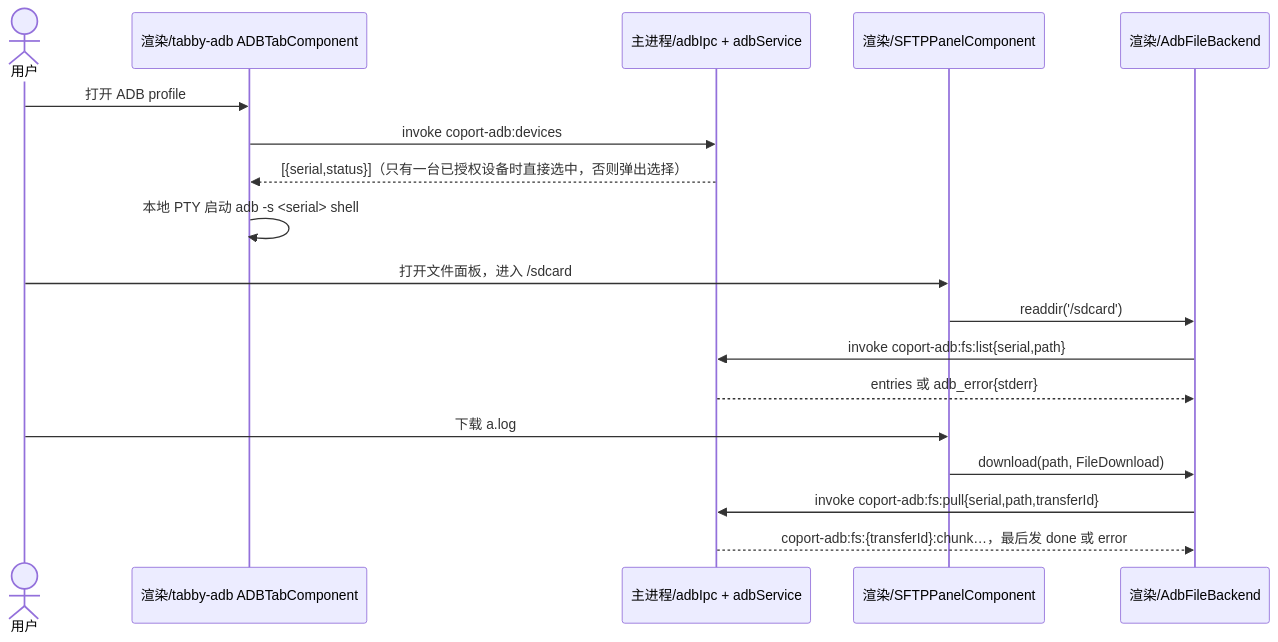
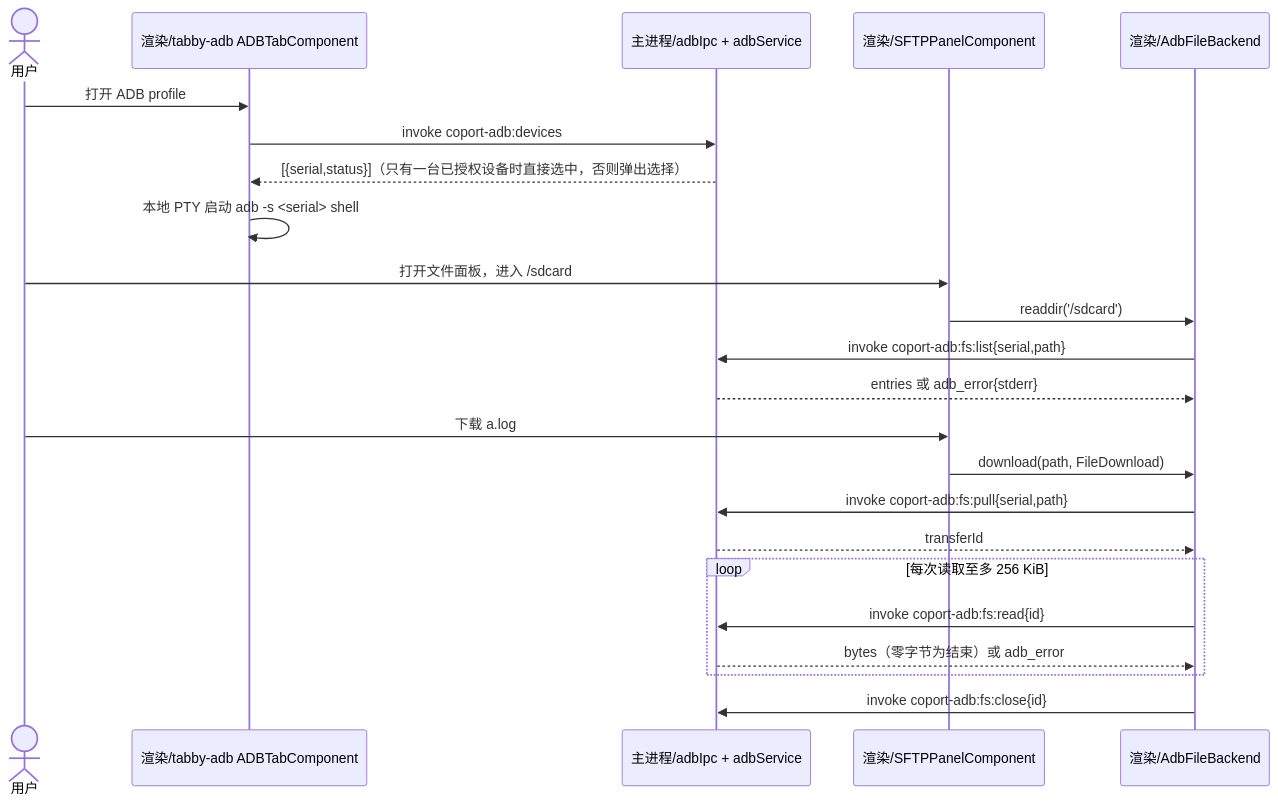
Before and after one commit to UberPrinz/coport: the fifth of 5 diagrams in docs/specs/coport-fork.md, drawn with Mermaid. The commit also changed other lines of this file and 35 other files, not shown here.

````diff
--- a/docs/specs/coport-fork.md
+++ b/docs/specs/coport-fork.md
@@ -279,20 +279,25 @@
 ```mermaid
 sequenceDiagram
     actor U as 用户
     participant AT as 渲染/tabby-adb ADBTabComponent
     participant AI as 主进程/adbIpc + adbService
     participant PN as 渲染/SFTPPanelComponent
     participant FB as 渲染/AdbFileBackend
     U->>AT: 打开 ADB profile
     AT->>AI: invoke coport-adb:devices
     AI-->>AT: [{serial,status}]（只有一台已授权设备时直接选中，否则弹出选择）
     AT->>AT: 本地 PTY 启动 adb -s <serial> shell
     U->>PN: 打开文件面板，进入 /sdcard
     PN->>FB: readdir('/sdcard')
     FB->>AI: invoke coport-adb:fs:list{serial,path}
     AI-->>FB: entries 或 adb_error{stderr}
     U->>PN: 下载 a.log
     PN->>FB: download(path, FileDownload)
-    FB->>AI: invoke coport-adb:fs:pull{serial,path,transferId}
-    AI-->>FB: coport-adb:fs:{transferId}:chunk…，最后发 done 或 error
+    FB->>AI: invoke coport-adb:fs:pull{serial,path}
+    AI-->>FB: transferId
+    loop 每次读取至多 256 KiB
+        FB->>AI: invoke coport-adb:fs:read{id}
+        AI-->>FB: bytes（零字节为结束）或 adb_error
+    end
+    FB->>AI: invoke coport-adb:fs:close{id}
 ```
````
